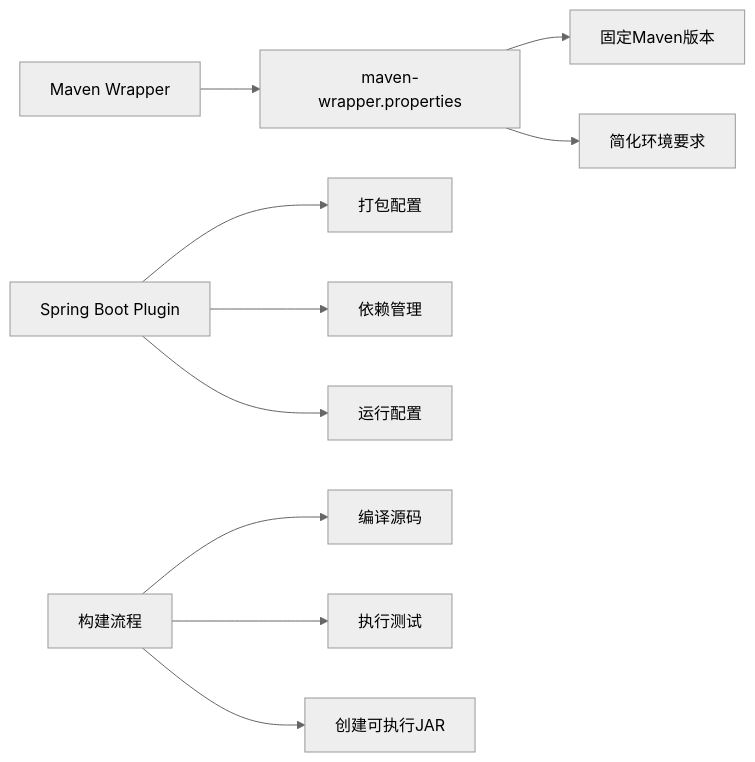
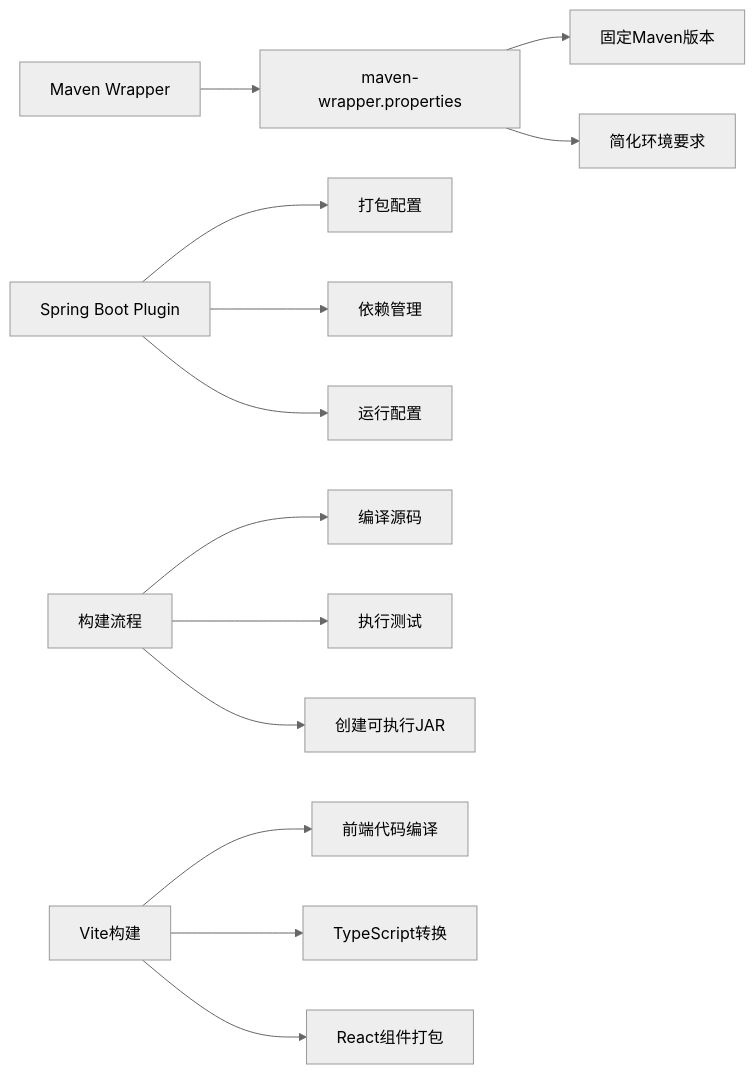
One commit to gree-coder/fund-butler changed diagram 14 of 22 in .qoder/repowiki/zh/content/项目结构详解.md. Above: the diagram before and after it, drawn with Mermaid (neutral theme). The commit also changed other lines of this file and 10 other files, not shown here.

````diff
--- a/.qoder/repowiki/zh/content/项目结构详解.md
+++ b/.qoder/repowiki/zh/content/项目结构详解.md
@@ -205,12 +595,15 @@
 ```mermaid
 flowchart LR
 A[Maven Wrapper] --> B[maven-wrapper.properties]
 B --> C[固定Maven版本]
 B --> D[简化环境要求]
 E[Spring Boot Plugin] --> F[打包配置]
 E --> G[依赖管理]
 E --> H[运行配置]
 I[构建流程] --> J[编译源码]
 I --> K[执行测试]
 I --> L[创建可执行JAR]
+M[Vite构建] --> N[前端代码编译]
+M --> O[TypeScript转换]
+M --> P[React组件打包]
 ```
````
